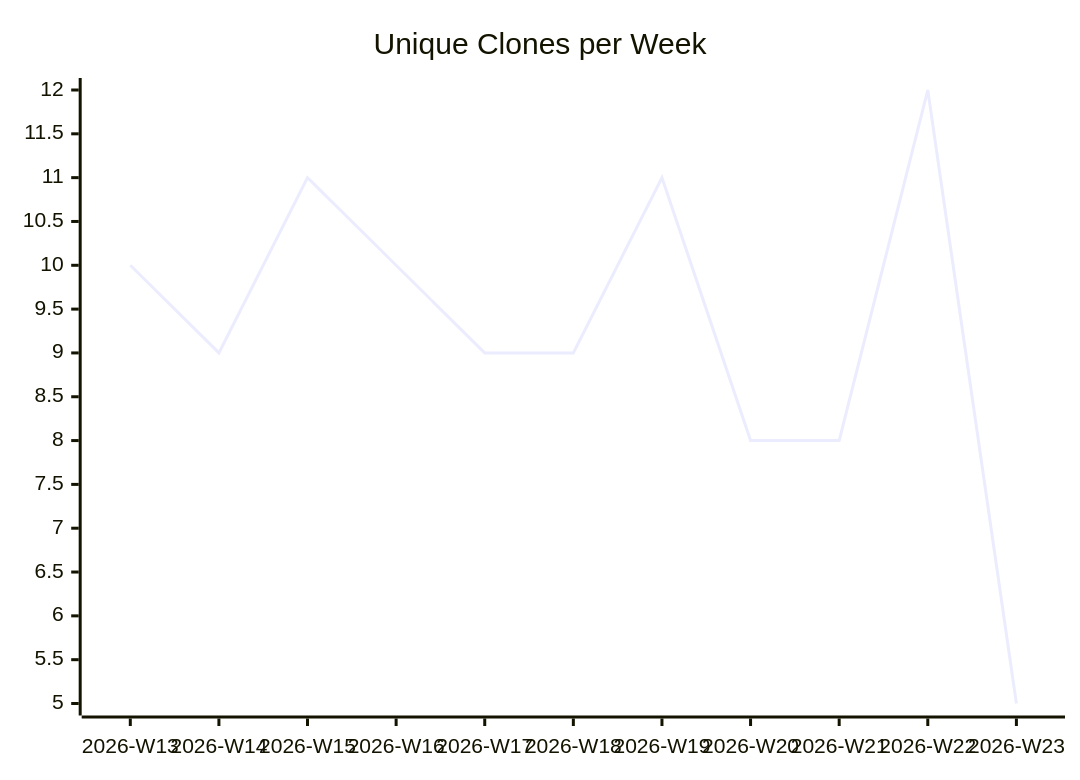
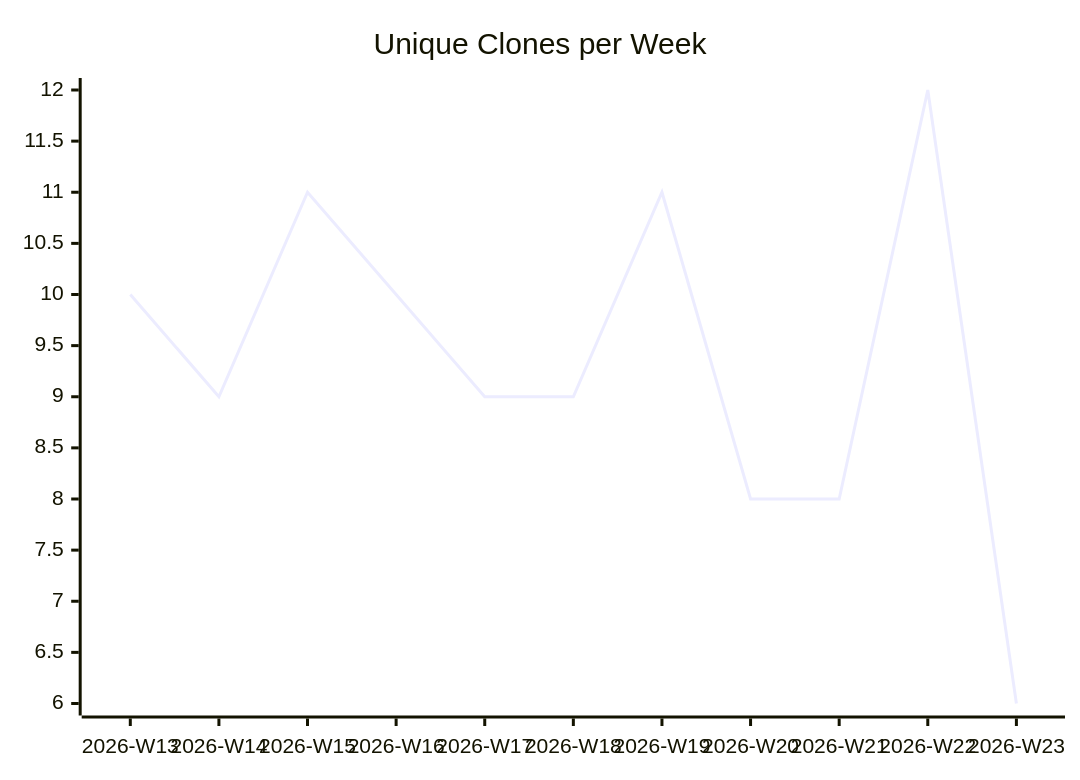
Before and after one commit to justdavis-family/github-analytics-data: the third of 3 diagrams in karlmdavis/usgs-water-api-java/README.md, drawn with Mermaid. The commit also changed other lines of this file and 184 other files, not shown here.

````diff
--- a/karlmdavis/usgs-water-api-java/README.md
+++ b/karlmdavis/usgs-water-api-java/README.md
@@ -19,6 +19,6 @@
 ```mermaid
 xychart-beta
   title "Unique Clones per Week"
   x-axis ["2026-W13", "2026-W14", "2026-W15", "2026-W16", "2026-W17", "2026-W18", "2026-W19", "2026-W20", "2026-W21", "2026-W22", "2026-W23"]
-  line [10, 9, 11, 10, 9, 9, 11, 8, 8, 12, 5]
+  line [10, 9, 11, 10, 9, 9, 11, 8, 8, 12, 6]
 ```
````
